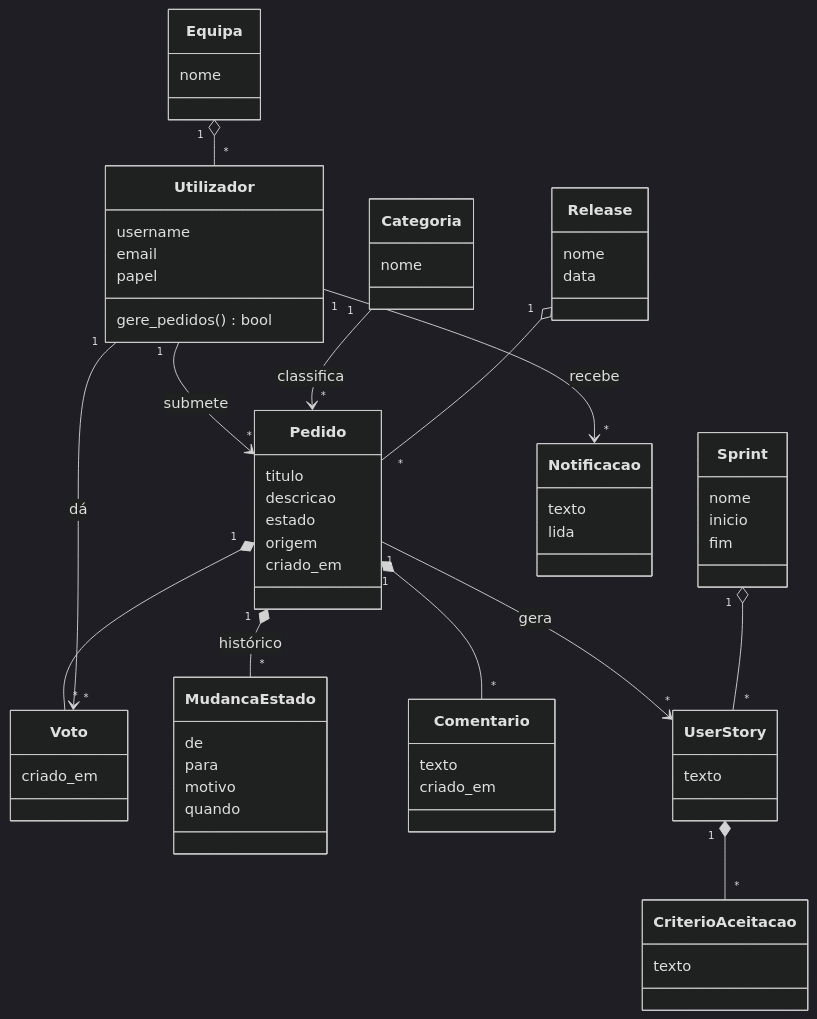
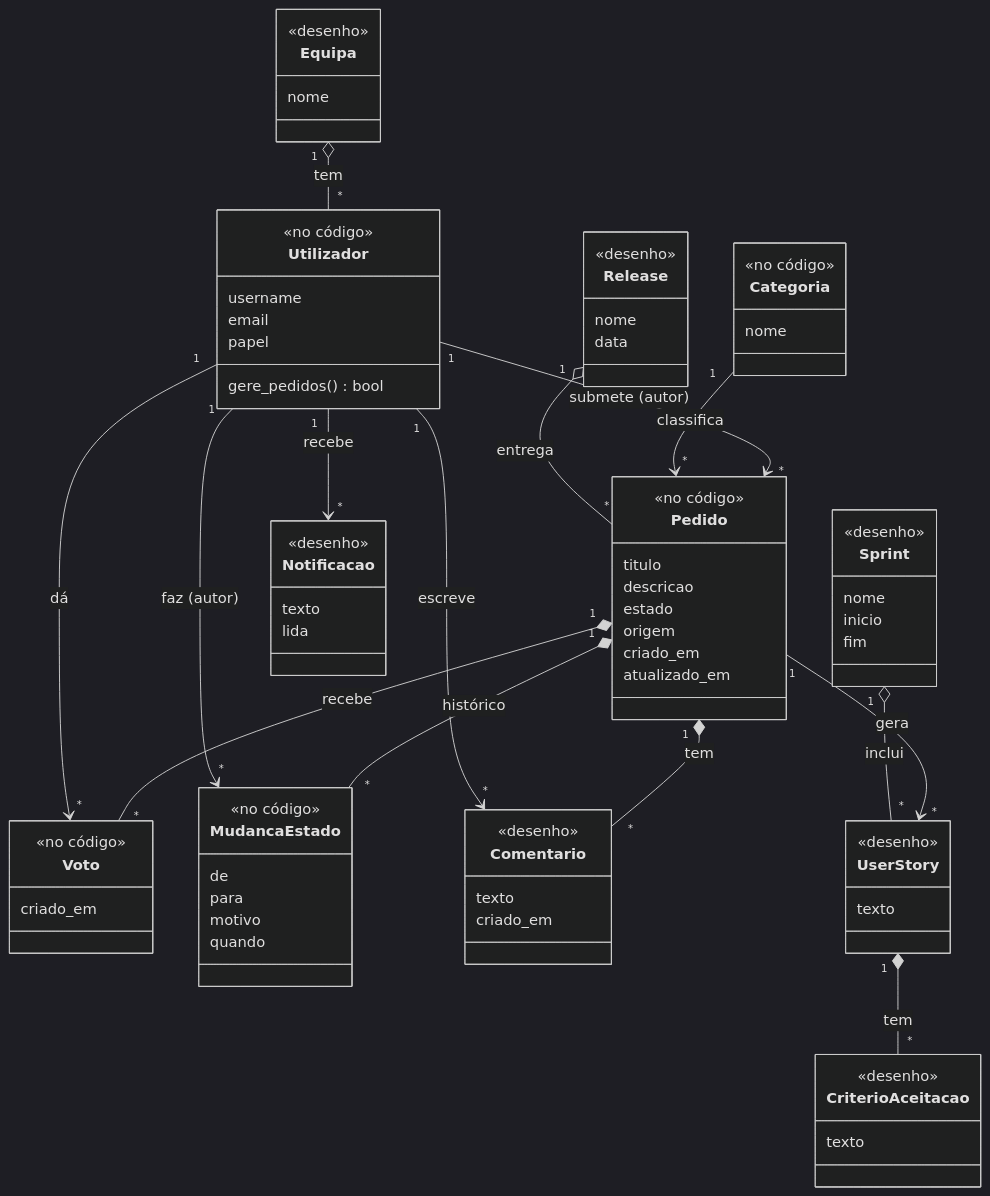
The diagram in docs/sprint-3/modelacao/08-classes.mmd (TiagoPereira001/Engenharia-de-Software), drawn with Mermaid (dark theme) before and after one commit. The commit also changed 15 other files, not shown here.

Commit message:
docs: fiz os casos de uso por ator e as classes por persona

```diff
--- a/docs/sprint-3/modelacao/08-classes.mmd
+++ b/docs/sprint-3/modelacao/08-classes.mmd
@@ -1,65 +1,81 @@
-%% Diagrama de classes (modelo de domínio). Utilizador, Pedido, Categoria, Voto e MudancaEstado já existem no código.
+%% Diagrama de classes (modelo de domínio), igual ao modelo de dados (07). «no código» = já existe em backend/contas/models.py e backend/pedidos/models.py; «desenho» = entra nos próximos sprints.
+%% As vistas por persona estão em 08-classes-sofia/marta/ricardo/diogo/helena.mmd.
 classDiagram
     class Utilizador {
+        <<no código>>
         username
         email
         papel
         gere_pedidos() bool
     }
+    class Categoria {
+        <<no código>>
+        nome
+    }
     class Pedido {
+        <<no código>>
         titulo
         descricao
         estado
         origem
         criado_em
-    }
-    class Categoria {
-        nome
+        atualizado_em
     }
     class Voto {
+        <<no código>>
         criado_em
     }
     class MudancaEstado {
+        <<no código>>
         de
         para
         motivo
         quando
     }
     class Comentario {
+        <<desenho>>
         texto
         criado_em
     }
     class UserStory {
+        <<desenho>>
         texto
     }
     class CriterioAceitacao {
+        <<desenho>>
         texto
     }
     class Equipa {
+        <<desenho>>
         nome
     }
     class Sprint {
+        <<desenho>>
         nome
         inicio
         fim
     }
     class Release {
+        <<desenho>>
         nome
         data
     }
     class Notificacao {
+        <<desenho>>
         texto
         lida
     }
-    Utilizador "1" --> "*" Pedido : submete
+    Utilizador "1" --> "*" Pedido : submete (autor)
     Categoria "1" --> "*" Pedido : classifica
-    Pedido "1" *-- "*" Voto
+    Pedido "1" *-- "*" Voto : recebe
     Utilizador "1" --> "*" Voto : dá
     Pedido "1" *-- "*" MudancaEstado : histórico
-    Pedido "1" *-- "*" Comentario
+    Utilizador "1" --> "*" MudancaEstado : faz (autor)
+    Pedido "1" *-- "*" Comentario : tem
+    Utilizador "1" --> "*" Comentario : escreve
     Pedido "1" --> "*" UserStory : gera
-    UserStory "1" *-- "*" CriterioAceitacao
-    Sprint "1" o-- "*" UserStory
-    Release "1" o-- "*" Pedido
-    Equipa "1" o-- "*" Utilizador
+    UserStory "1" *-- "*" CriterioAceitacao : tem
+    Sprint "1" o-- "*" UserStory : inclui
+    Release "1" o-- "*" Pedido : entrega
+    Equipa "1" o-- "*" Utilizador : tem
     Utilizador "1" --> "*" Notificacao : recebe
```
